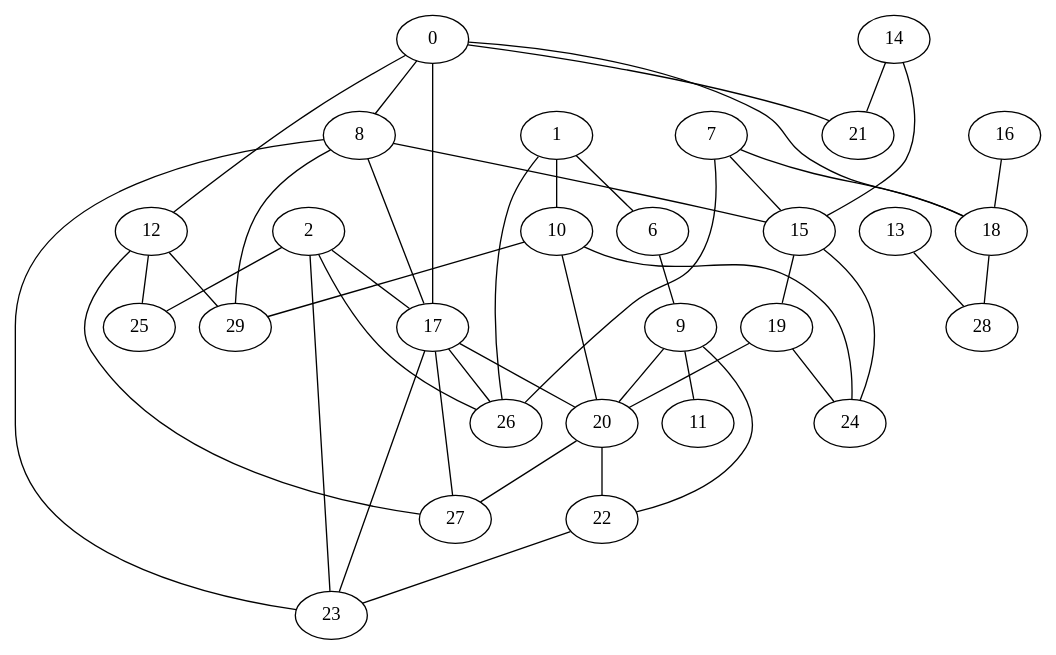
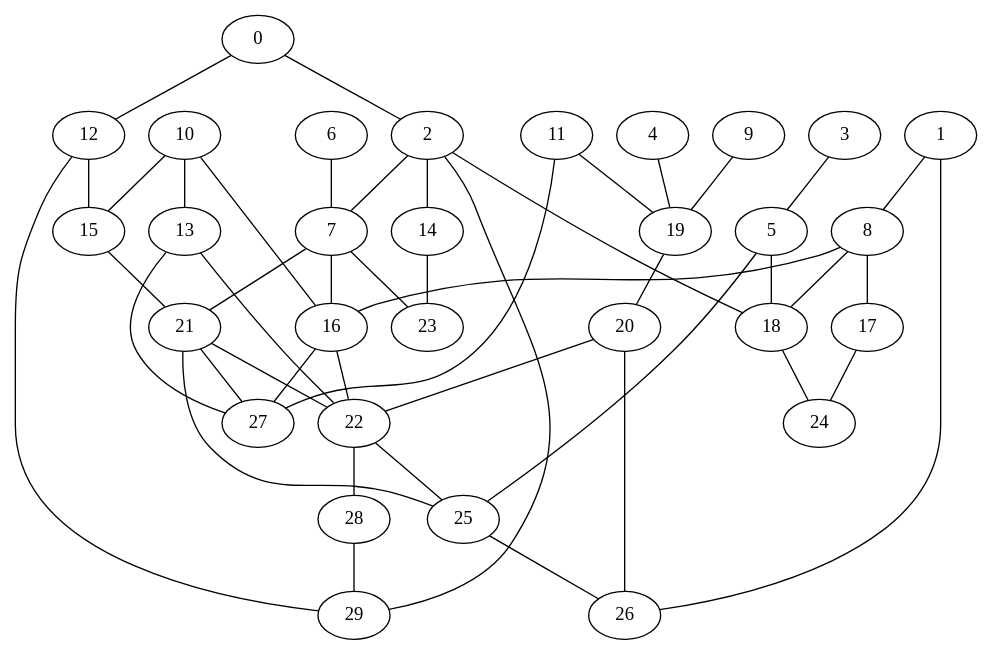
One commit to amorac4/DAA24 changed the diagram in Erdös-Rényi_generado.gv. Above: the diagram before and after it, drawn with Graphviz. The commit also changed 1 other file, not shown here.

Commit message:
modified:   "Erd\303\266s-R\303\251nyi_generado.gv"

```diff
--- a/Erdös-Rényi_generado.gv
+++ b/Erdös-Rényi_generado.gv
@@ -1,47 +1,47 @@
 graph G {
-    "6" -- "9";
-    "22" -- "23";
-    "8" -- "23";
-    "12" -- "27";
+    "13" -- "22";
+    "2" -- "29";
+    "7" -- "21";
+    "2" -- "18";
     "1" -- "26";
-    "9" -- "22";
-    "17" -- "20";
-    "1" -- "6";
-    "15" -- "19";
-    "2" -- "26";
-    "0" -- "21";
-    "7" -- "15";
-    "0" -- "17";
-    "2" -- "23";
-    "9" -- "11";
-    "8" -- "29";
-    "17" -- "23";
-    "1" -- "10";
-    "16" -- "18";
-    "8" -- "15";
-    "20" -- "27";
+    "28" -- "29";
+    "10" -- "15";
+    "7" -- "16";
+    "11" -- "19";
+    "20" -- "26";
+    "6" -- "7";
+    "4" -- "19";
+    "21" -- "27";
+    "5" -- "18";
+    "25" -- "26";
+    "5" -- "25";
+    "16" -- "22";
+    "17" -- "24";
+    "11" -- "27";
+    "22" -- "28";
+    "8" -- "16";
+    "14" -- "23";
+    "7" -- "23";
     "20" -- "22";
-    "9" -- "20";
-    "12" -- "25";
-    "0" -- "18";
-    "7" -- "18";
+    "18" -- "24";
+    "10" -- "13";
     "0" -- "12";
-    "19" -- "24";
-    "10" -- "24";
-    "13" -- "28";
-    "14" -- "15";
-    "18" -- "28";
+    "8" -- "17";
     "12" -- "29";
-    "8" -- "17";
-    "0" -- "8";
+    "2" -- "14";
     "19" -- "20";
-    "17" -- "27";
-    "2" -- "17";
-    "15" -- "24";
-    "7" -- "26";
-    "10" -- "20";
-    "14" -- "21";
-    "2" -- "25";
-    "17" -- "26";
-    "10" -- "29";
+    "3" -- "5";
+    "2" -- "7";
+    "21" -- "25";
+    "12" -- "15";
+    "22" -- "25";
+    "21" -- "22";
+    "10" -- "16";
+    "15" -- "21";
+    "13" -- "27";
+    "16" -- "27";
+    "1" -- "8";
+    "8" -- "18";
+    "9" -- "19";
+    "0" -- "2";
 }
```
